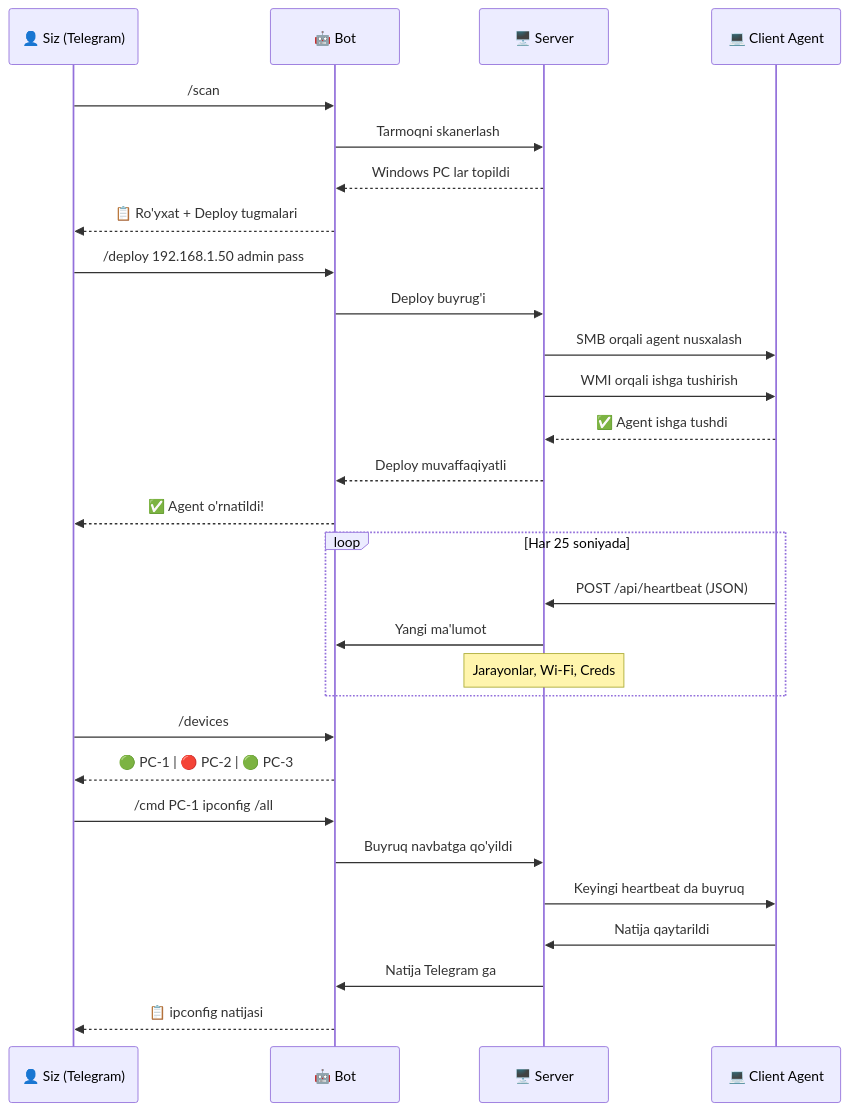
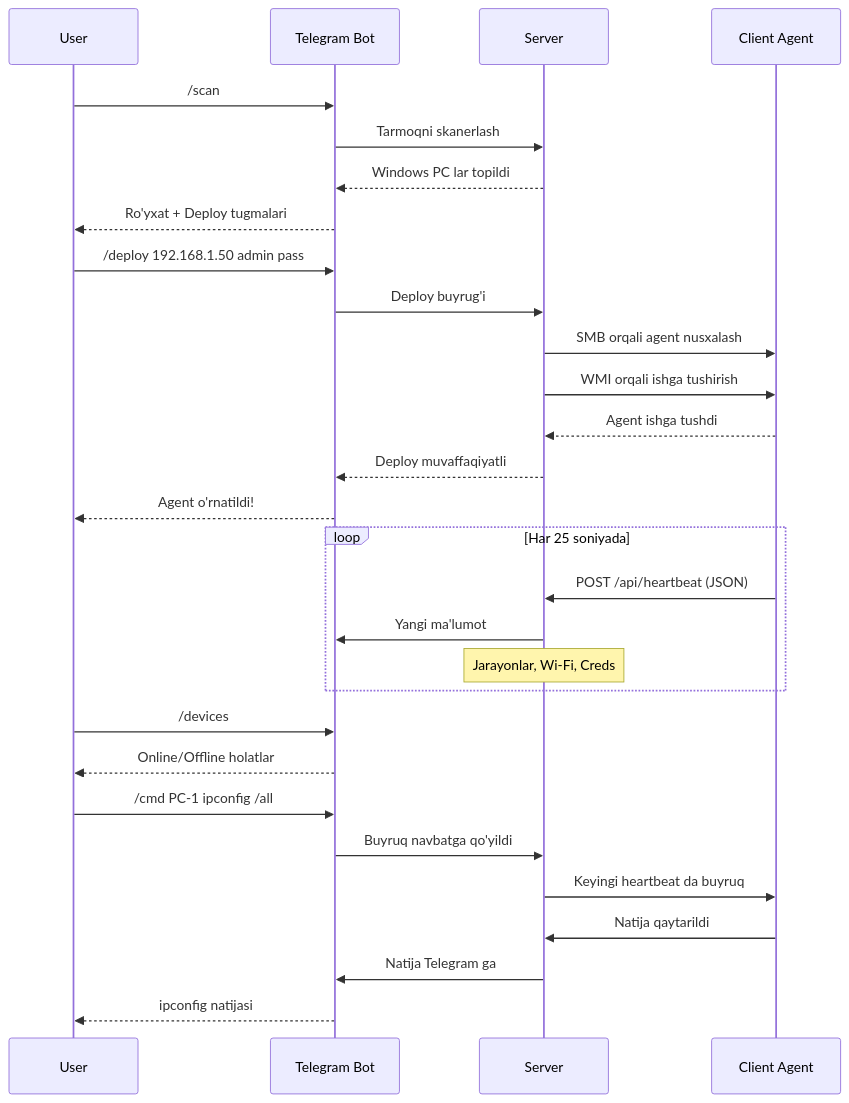
The second of 6 diagrams in README.md (SardorCyberSafe/device-monitor-system), drawn with Mermaid before and after one commit. The commit also changed other lines of this file and 6 other files, not shown here.

````diff
--- a/README.md
+++ b/README.md
@@ -53,36 +53,36 @@
 ```mermaid
 sequenceDiagram
-    participant U as 👤 Siz (Telegram)
-    participant B as 🤖 Bot
-    participant S as 🖥️ Server
-    participant C as 💻 Client Agent
+    participant U as User
+    participant B as Telegram Bot
+    participant S as Server
+    participant C as Client Agent
 
     U->>B: /scan
     B->>S: Tarmoqni skanerlash
     S-->>B: Windows PC lar topildi
-    B-->>U: 📋 Ro'yxat + Deploy tugmalari
+    B-->>U: Ro'yxat + Deploy tugmalari
 
     U->>B: /deploy 192.168.1.50 admin pass
     B->>S: Deploy buyrug'i
     S->>C: SMB orqali agent nusxalash
     S->>C: WMI orqali ishga tushirish
-    C-->>S: ✅ Agent ishga tushdi
+    C-->>S: Agent ishga tushdi
     S-->>B: Deploy muvaffaqiyatli
-    B-->>U: ✅ Agent o'rnatildi!
+    B-->>U: Agent o'rnatildi!
 
     loop Har 25 soniyada
         C->>S: POST /api/heartbeat (JSON)
         S->>B: Yangi ma'lumot
         Note over S: Jarayonlar, Wi-Fi, Creds
     end
 
     U->>B: /devices
-    B-->>U: 🟢 PC-1 | 🔴 PC-2 | 🟢 PC-3
+    B-->>U: Online/Offline holatlar
 
     U->>B: /cmd PC-1 ipconfig /all
     B->>S: Buyruq navbatga qo'yildi
     S->>C: Keyingi heartbeat da buyruq
     C->>S: Natija qaytarildi
     S->>B: Natija Telegram ga
-    B-->>U: 📋 ipconfig natijasi
+    B-->>U: ipconfig natijasi
 ```
````
